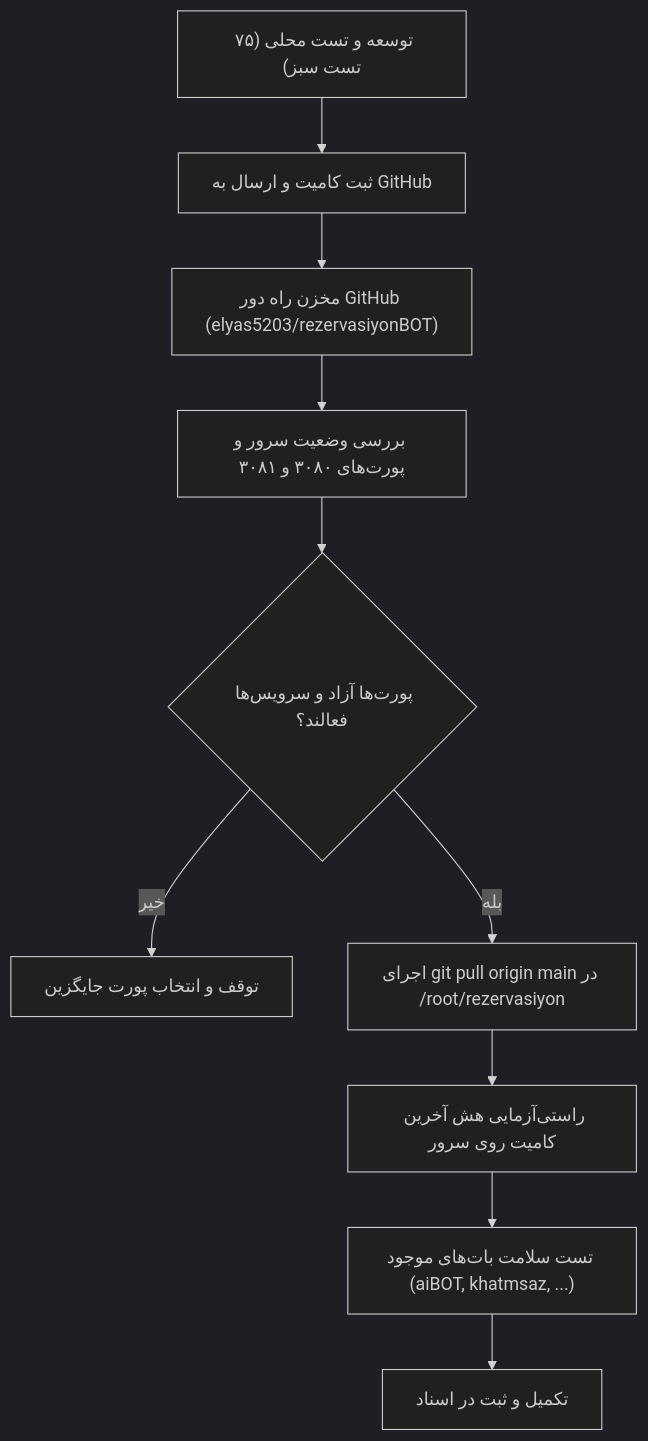
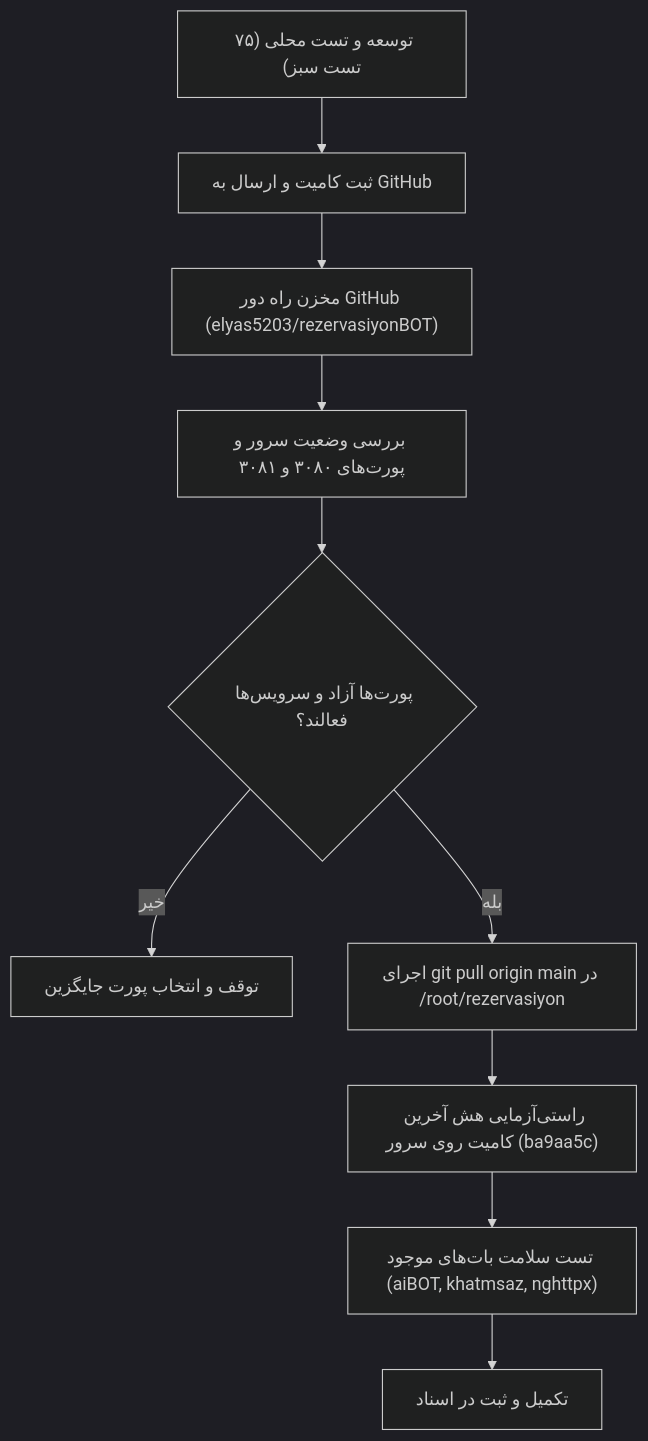
The diagram in docs/ai/masters/MASTER_26_SAFE_VPS_SYNC_AND_PORT_ALLOCATION.md (elyas5203/rezervasiyonBOT), drawn with Mermaid (dark theme) before and after one commit. The commit also changed other lines of this file and 2 other files, not shown here.

````diff
--- a/docs/ai/masters/MASTER_26_SAFE_VPS_SYNC_AND_PORT_ALLOCATION.md
+++ b/docs/ai/masters/MASTER_26_SAFE_VPS_SYNC_AND_PORT_ALLOCATION.md
@@ -35,12 +35,12 @@
 ```mermaid
 flowchart TD
     A["توسعه و تست محلی (۷۵ تست سبز)"] --> B["ثبت کامیت و ارسال به GitHub"]
     B --> C["مخزن راه دور GitHub (elyas5203/rezervasiyonBOT)"]
     C --> D["بررسی وضعیت سرور و پورت‌های ۳۰۸۰ و ۳۰۸۱"]
     D --> E{"پورت‌ها آزاد و سرویس‌ها فعالند؟"}
     E -->|"خیر"| F["توقف و انتخاب پورت جایگزین"]
     E -->|"بله"| G["اجرای git pull origin main در /root/rezervasiyon"]
-    G --> H["راستی‌آزمایی هش آخرین کامیت روی سرور"]
-    H --> I["تست سلامت بات‌های موجود (aiBOT, khatmsaz, ...)"]
+    G --> H["راستی‌آزمایی هش آخرین کامیت روی سرور (ba9aa5c)"]
+    H --> I["تست سلامت بات‌های موجود (aiBOT, khatmsaz, nghttpx)"]
     I --> J["تکمیل و ثبت در اسناد"]
 ```
````
